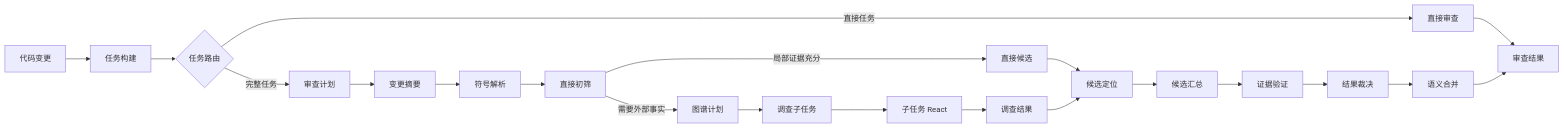
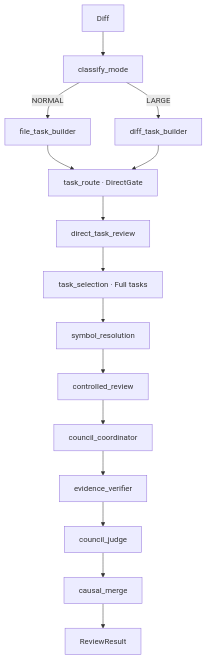
Before and after one commit to baiyun689/Codeguard: the second of 3 diagrams in README.md, drawn with Mermaid. The commit also changed other lines of this file and 201 other files, not shown here.

````diff
--- a/README.md
+++ b/README.md
@@ -56,25 +76,17 @@
 ```mermaid
-flowchart LR
-    Diff[代码变更] --> Tasks[任务构建]
-    Tasks --> Route{任务路由}
-
-    Route -->|直接任务| Direct[直接审查]
-    Route -->|完整任务| Plan[审查计划]
-    Plan --> Summary[变更摘要]
-    Summary --> Symbols[符号解析]
-    Symbols --> Triage[直接初筛]
-    Triage -->|局部证据充分| DirectFinding[直接候选]
-    Triage -->|需要外部事实| GraphPlan[图谱计划]
-    GraphPlan --> Subtasks[调查子任务]
-    Subtasks --> React[子任务 React]
-    React --> Findings[调查结果]
-    DirectFinding --> Locate[候选定位]
-    Findings --> Locate
-    Locate --> Collect[候选汇总]
-    Collect --> Verify[证据验证]
-    Verify --> Judge[结果裁决]
-    Judge --> Merge[语义合并]
-
-    Direct --> Result[审查结果]
-    Merge --> Result
+flowchart TD
+    Diff[Diff] --> Classify[classify_mode]
+    Classify -->|NORMAL| File[file_task_builder]
+    Classify -->|LARGE| Hunk[diff_task_builder]
+    File --> Route[task_route · DirectGate]
+    Hunk --> Route
+    Route --> Direct[direct_task_review]
+    Direct --> Select[task_selection · Full tasks]
+    Select --> Symbols[symbol_resolution]
+    Symbols --> Review[controlled_review]
+    Review --> Coordinator[council_coordinator]
+    Coordinator --> Verify[evidence_verifier]
+    Verify --> Judge[council_judge]
+    Judge --> Merge[causal_merge]
+    Merge --> Result[ReviewResult]
 ```
````
